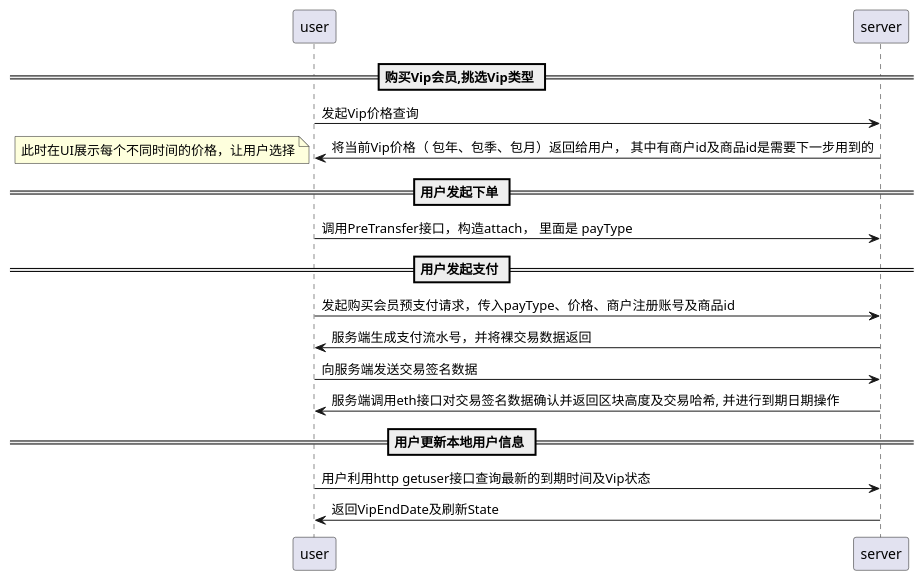
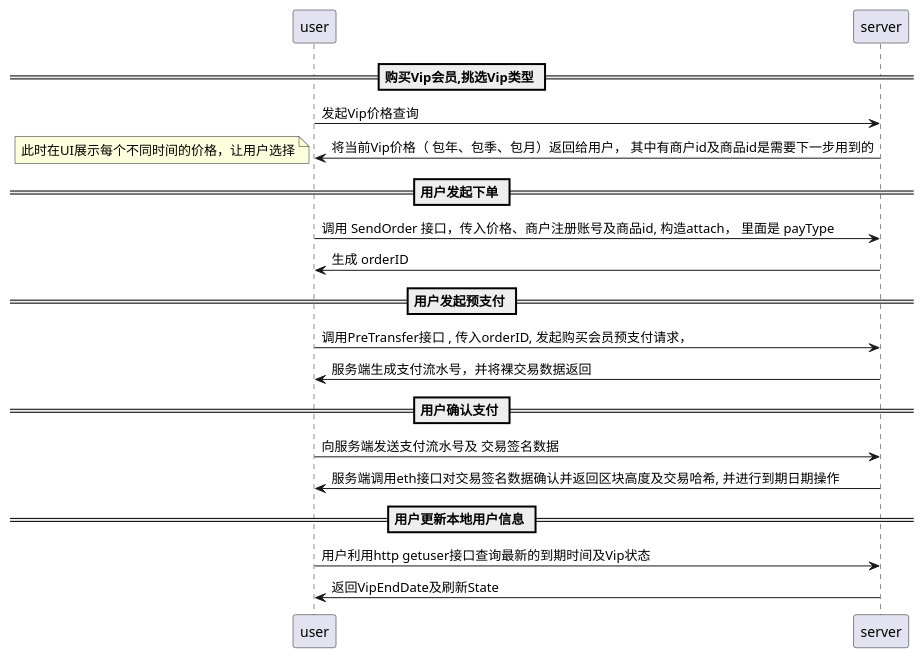
One commit to lianmi/servers changed the diagram in doc/购买会员时序图.puml. Above: the diagram before and after it, drawn with PlantUML. The commit also changed 3 other files, not shown here.

```diff
--- a/doc/购买会员时序图.puml
+++ b/doc/购买会员时序图.puml
@@ -1,23 +1,26 @@
 @startuml
 
 ==  购买Vip会员,挑选Vip类型 ==
 user -> server : 发起Vip价格查询
 server -> user : 将当前Vip价格（ 包年、包季、包月）返回给用户， 其中有商户id及商品id是需要下一步用到的 
 
 note left
 此时在UI展示每个不同时间的价格，让用户选择
 end note
 
 == 用户发起下单 ==
-user -> server : 调用PreTransfer接口，构造attach， 里面是 payType
+user -> server : 调用 SendOrder 接口，传入价格、商户注册账号及商品id, 构造attach， 里面是 payType
+server ->user : 生成 orderID
 
-== 用户发起支付 ==
-user -> server : 发起购买会员预支付请求，传入payType、价格、商户注册账号及商品id
+== 用户发起预支付 ==
+user -> server : 调用PreTransfer接口 , 传入orderID, 发起购买会员预支付请求，
 server ->user : 服务端生成支付流水号，并将裸交易数据返回
-user -> server : 向服务端发送交易签名数据
+
+== 用户确认支付 ==
+user -> server : 向服务端发送支付流水号及 交易签名数据
 server ->user : 服务端调用eth接口对交易签名数据确认并返回区块高度及交易哈希, 并进行到期日期操作 
 
 == 用户更新本地用户信息 ==
 user -> server : 用户利用http getuser接口查询最新的到期时间及Vip状态
 server ->user : 返回VipEndDate及刷新State 
 @enduml
```
